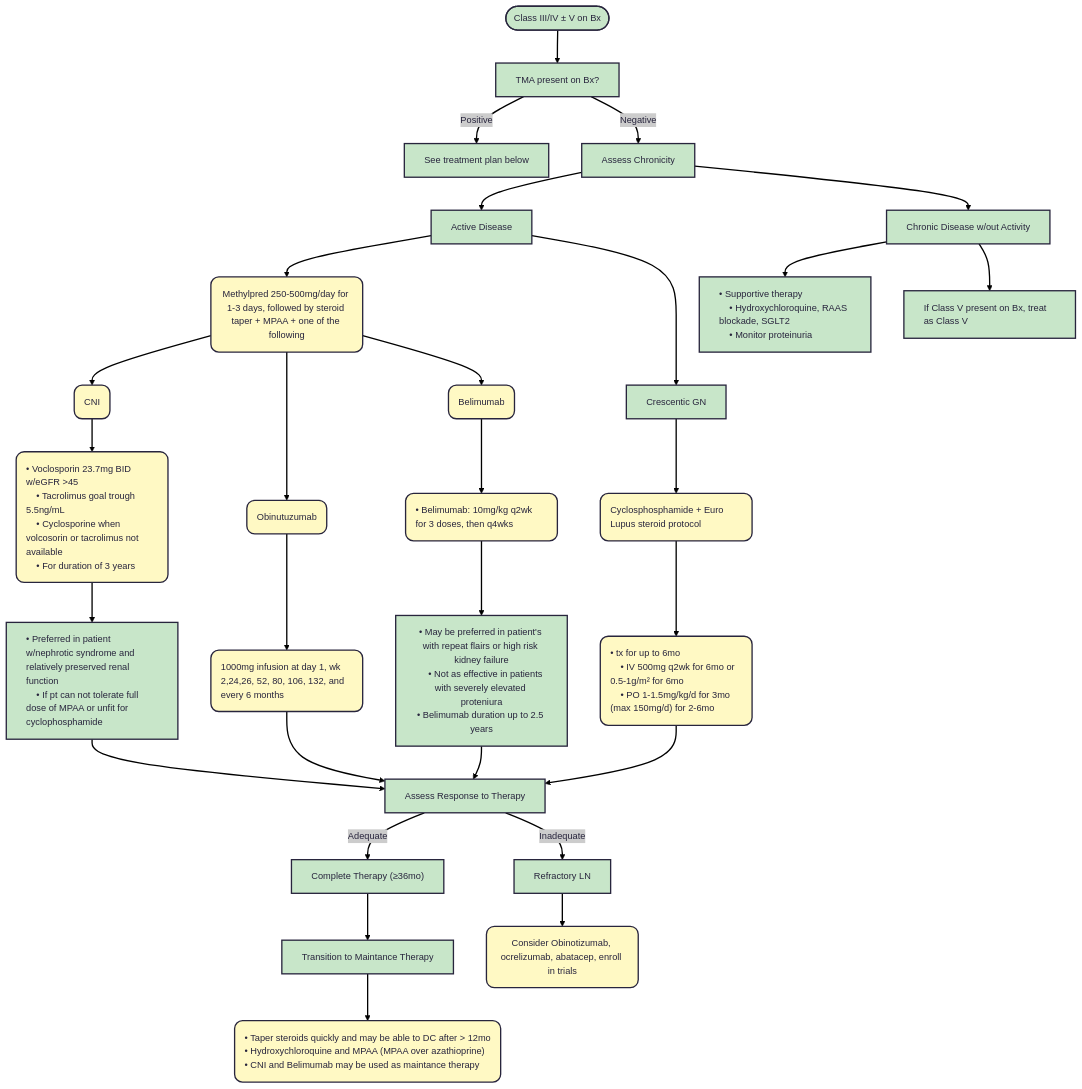
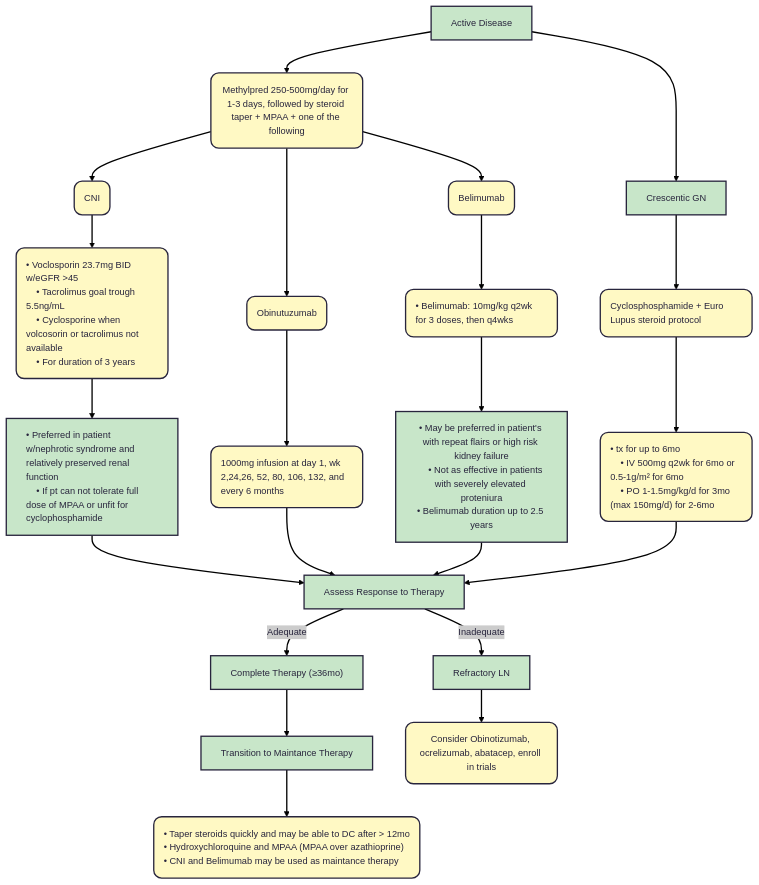
The third of 6 diagrams in docs/Lupus.md (TTUNEPH2025/GN), drawn with Mermaid before and after one commit.

````diff
--- a/docs/Lupus.md
+++ b/docs/Lupus.md
@@ -133,80 +160,66 @@
 ```mermaid
 ---
 config:
   theme: redux
 ---
 flowchart TB
-    A(["Class III/IV ± V on Bx"]) --> n1["TMA present on Bx?"]
-    n1 -- Positive --> n2["See treatment plan below"]
-    n1 -- Negative --> n3["Assess Chronicity"]
-    n3 --> n4["Active Disease"] & n5["Chronic Disease w/out Activity"]
-    n4 --> n6["Methylpred 250-500mg/day for 1-3 days, followed by steroid taper + MPAA + one of the following"] & n24["Crescentic GN"]
-    n5 --> n7["• Supportive therapy 
-    • Hydroxychloroquine, RAAS blockade, SGLT2
-    • Monitor proteinuria"] & n8["If Class V present on Bx, treat as Class V"]
+    n4["Active Disease"] --> n6["Methylpred 250-500mg/day for 1-3 days, followed by steroid taper + MPAA + one of the following"] & n24["Crescentic GN"]
     n6 --> n9["CNI"] & n10["Obinutuzumab"] & n12["Belimumab"]
     n9 --> n13["• Voclosporin 23.7mg BID w/eGFR &gt;45
     • Tacrolimus goal trough 5.5ng/mL 
     • Cyclosporine when volcosorin or tacrolimus not available
     • For duration of 3 years"]
     n10 --> n14["1000mg infusion at day 1, wk 2,24,26, 52, 80, 106, 132, and every 6 months"]
     n11["Cyclosphosphamide + Euro Lupus steroid protocol"] --> n15["• tx for up to 6mo
     • IV 500mg q2wk for 6mo or 0.5-1g/m² for 6mo
     • PO 1-1.5mg/kg/d for 3mo (max 150mg/d) for 2-6mo"]
     n12 --> n16["• Belimumab: 10mg/kg q2wk for 3 doses, then q4wks"]
     n13 --> n17["• Preferred in patient w/nephrotic syndrome and relatively preserved renal function
     • If pt can not tolerate full dose of MPAA or unfit for cyclophosphamide"]
     n16 --> n18@{ label: "• May be preferred in patient's with repeat flairs or high risk kidney failure<br/>    • Not as effective in patients with severely elevated proteniura<br/>• Belimumab duration up to 2.5 years" }
     n17 --> n19["Assess Response to Therapy"]
     n15 --> n19
     n18 --> n19
     n19 -- Adequate --> n20["Complete Therapy (≥36mo)"]
     n19 -- Inadequate --> n21["Refractory LN"]
     n20 --> n22["Transition to Maintance Therapy"]
     n22 --> n23["• Taper steroids quickly and may be able to DC after > 12mo
     • Hydroxychloroquine and MPAA (MPAA over azathioprine)
     • CNI and Belimumab may be used as maintance therapy"]
     n24 --> n11
     n14 --> n19
     n21 --> n25["Consider Obinotizumab, ocrelizumab, abatacep, enroll in trials"]
 
     n6@{ shape: rounded}
     n24@{ shape: rect}
     n9@{ shape: rounded}
     n10@{ shape: rounded}
     n12@{ shape: rounded}
     n13@{ shape: rounded}
     n14@{ shape: rounded}
     n11@{ shape: rounded}
     n15@{ shape: rounded}
     n16@{ shape: rounded}
     n21@{ shape: rect}
     n23@{ shape: rounded}
     n25@{ shape: rounded}
-    style A fill:#C8E6C9
-    style n1 fill:#C8E6C9
-    style n2 fill:#C8E6C9
-    style n3 fill:#C8E6C9
     style n4 fill:#C8E6C9
-    style n5 fill:#C8E6C9
     style n6 fill:#FFF9C4
     style n24 fill:#C8E6C9
-    style n7 fill:#C8E6C9,text-align:left
-    style n8 fill:#C8E6C9,text-align:left
     style n9 fill:#FFF9C4,text-align:left
     style n10 fill:#FFF9C4,text-align:left
     style n12 fill:#FFF9C4,text-align:left
     style n13 fill:#FFF9C4,text-align:left
     style n14 fill:#FFF9C4,text-align:left
     style n11 fill:#FFF9C4,text-align:left
     style n15 fill:#FFF9C4,text-align:left
     style n16 fill:#FFF9C4,text-align:left
     style n17 fill:#C8E6C9,text-align:left
     style n18 fill:#C8E6C9
     style n19 fill:#C8E6C9
     style n20 fill:#C8E6C9
     style n21 fill:#C8E6C9
     style n22 fill:#C8E6C9,text-align:left,white-space:nowrap
     style n23 fill:#FFF9C4,text-align:left,white-space:nowrap
     style n25 fill:#FFF9C4
 ```
````
